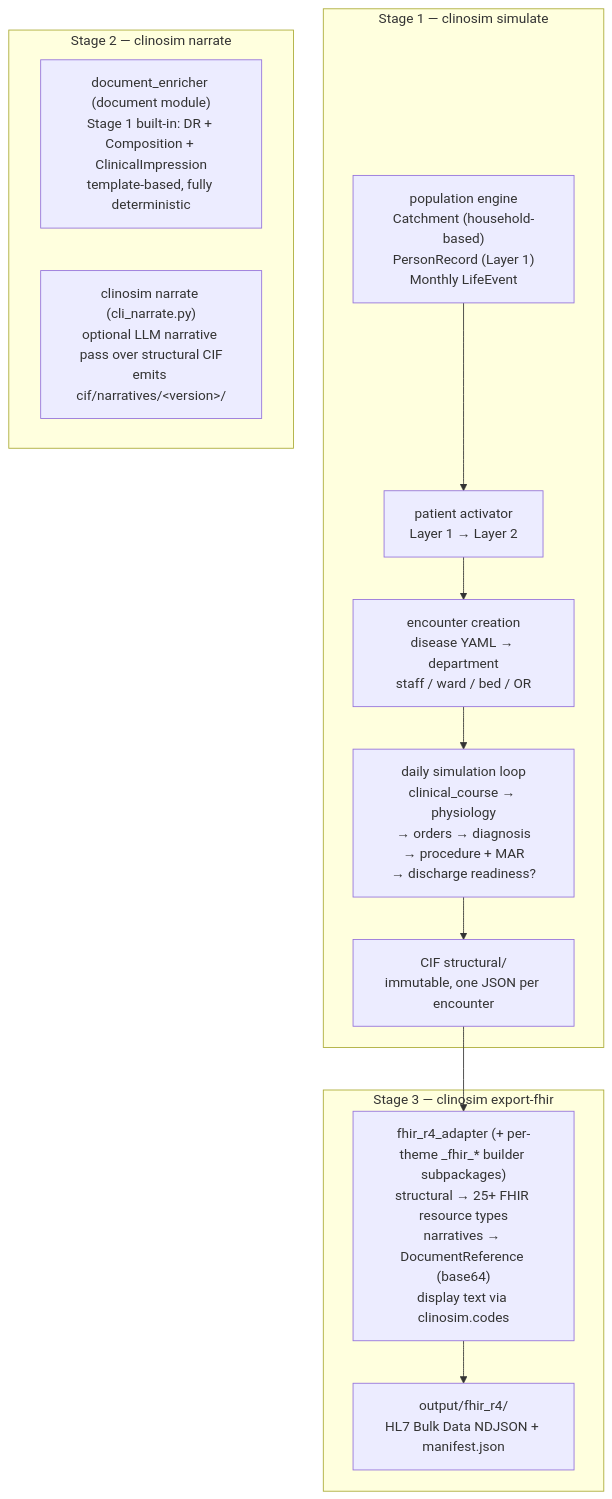
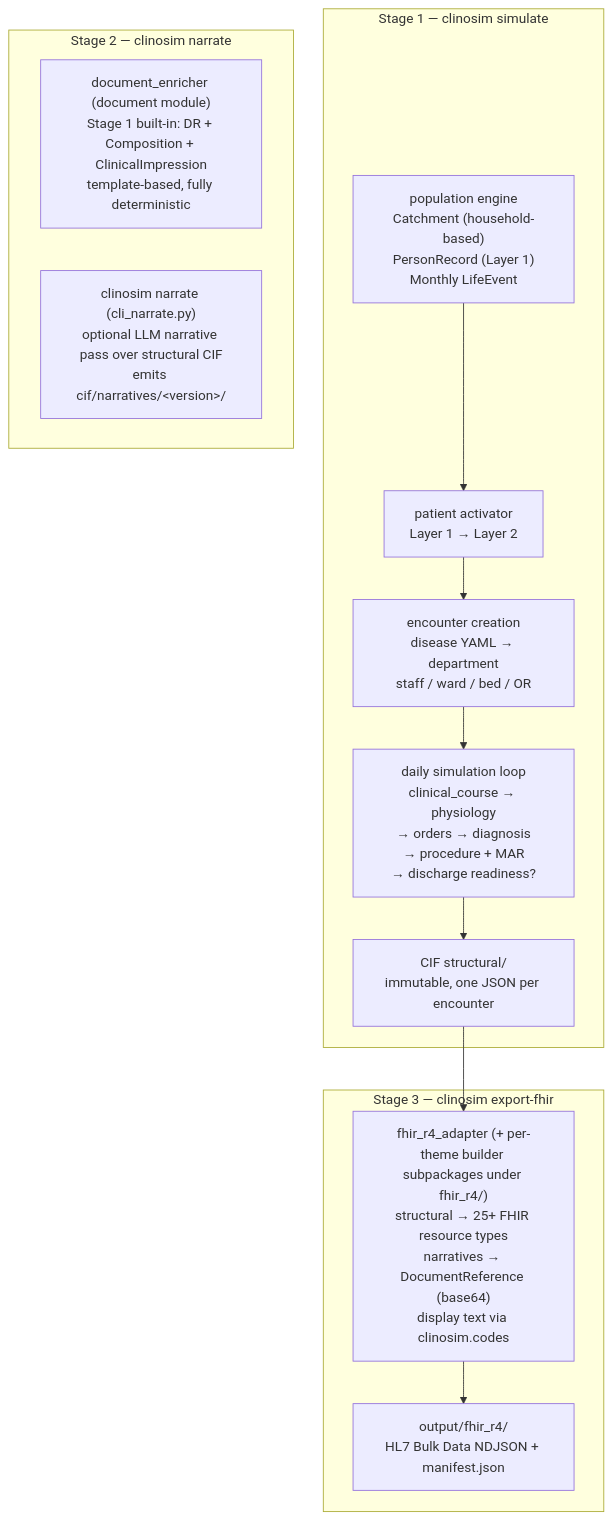
Before and after one commit to TomoOkuyama/clinosim: the diagram in docs/architecture/data-flow.md, drawn with Mermaid. The commit also changed other lines of this file and 20 other files, not shown here.

First line of the commit message:
docs: reconcile architecture and design guides with the code

````diff
--- a/docs/architecture/data-flow.md
+++ b/docs/architecture/data-flow.md
@@ -7,24 +7,24 @@
 ```mermaid
 flowchart TD
     subgraph stage1["Stage 1 — clinosim simulate"]
         pop["population engine<br/>Catchment (household-based)<br/>PersonRecord (Layer 1)<br/>Monthly LifeEvent"]
         act["patient activator<br/>Layer 1 → Layer 2"]
         enc["encounter creation<br/>disease YAML → department<br/>staff / ward / bed / OR"]
         loop["daily simulation loop<br/>clinical_course → physiology<br/>→ orders → diagnosis<br/>→ procedure + MAR<br/>→ discharge readiness?"]
         cif_s["CIF structural/<br/>immutable, one JSON per encounter"]
         pop --> act --> enc --> loop --> cif_s
     end
 
     subgraph stage2["Stage 2 — clinosim narrate"]
         gen2["document_enricher (document module)<br/>Stage 1 built-in: DR + Composition + ClinicalImpression<br/>template-based, fully deterministic"]
         llm2["clinosim narrate (cli_narrate.py)<br/>optional LLM narrative pass over structural CIF<br/>emits cif/narratives/&lt;version&gt;/"]
     end
 
     subgraph stage3["Stage 3 — clinosim export-fhir"]
-        adapter["fhir_r4_adapter (+ per-theme _fhir_* builder subpackages)<br/>structural → 25+ FHIR resource types<br/>narratives → DocumentReference (base64)<br/>display text via clinosim.codes"]
+        adapter["fhir_r4_adapter (+ per-theme builder subpackages under fhir_r4/)<br/>structural → 25+ FHIR resource types<br/>narratives → DocumentReference (base64)<br/>display text via clinosim.codes"]
         fhir["output/fhir_r4/<br/>HL7 Bulk Data NDJSON + manifest.json"]
         adapter --> fhir
     end
 
     cif_s --> adapter
 ```
````
